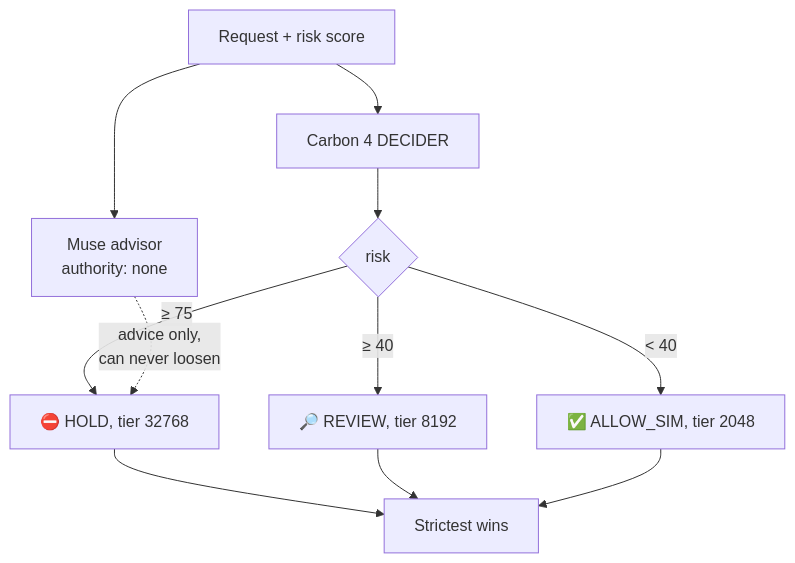
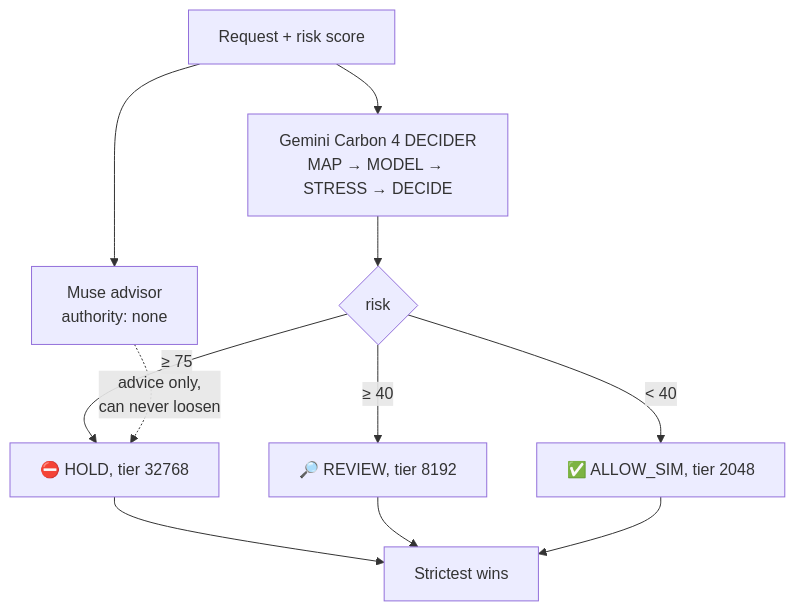
Before and after one commit to kimanicollier44-cmyk/Q6G-1TB: diagram 12 of 15 in README.md, drawn with Mermaid. The commit also changed other lines of this file and 9 other files, not shown here.

Commit message:
Q6G-1TB v1.2.0: merge DI-MIXER + topology + Google Flow + Gemini Carbon 4 / Muse full seats - gates 16, pytest 21, CHECKS 24/24

````diff
--- a/README.md
+++ b/README.md
@@ -354,13 +420,13 @@
 ```mermaid
 flowchart TD
-    A[Request + risk score] --> B[Carbon 4 DECIDER]
+    A[Request + risk score] --> B[Gemini Carbon 4 DECIDER<br/>MAP → MODEL → STRESS → DECIDE]
     B --> C{risk}
     C -->|≥ 75| D[⛔ HOLD, tier 32768]
     C -->|≥ 40| E[🔎 REVIEW, tier 8192]
     C -->|< 40| F[✅ ALLOW_SIM, tier 2048]
     A --> G[Muse advisor<br/>authority: none]
     G -.->|advice only,<br/>can never loosen| D
     D --> H[Strictest wins]
     E --> H
     F --> H
 ```
````
